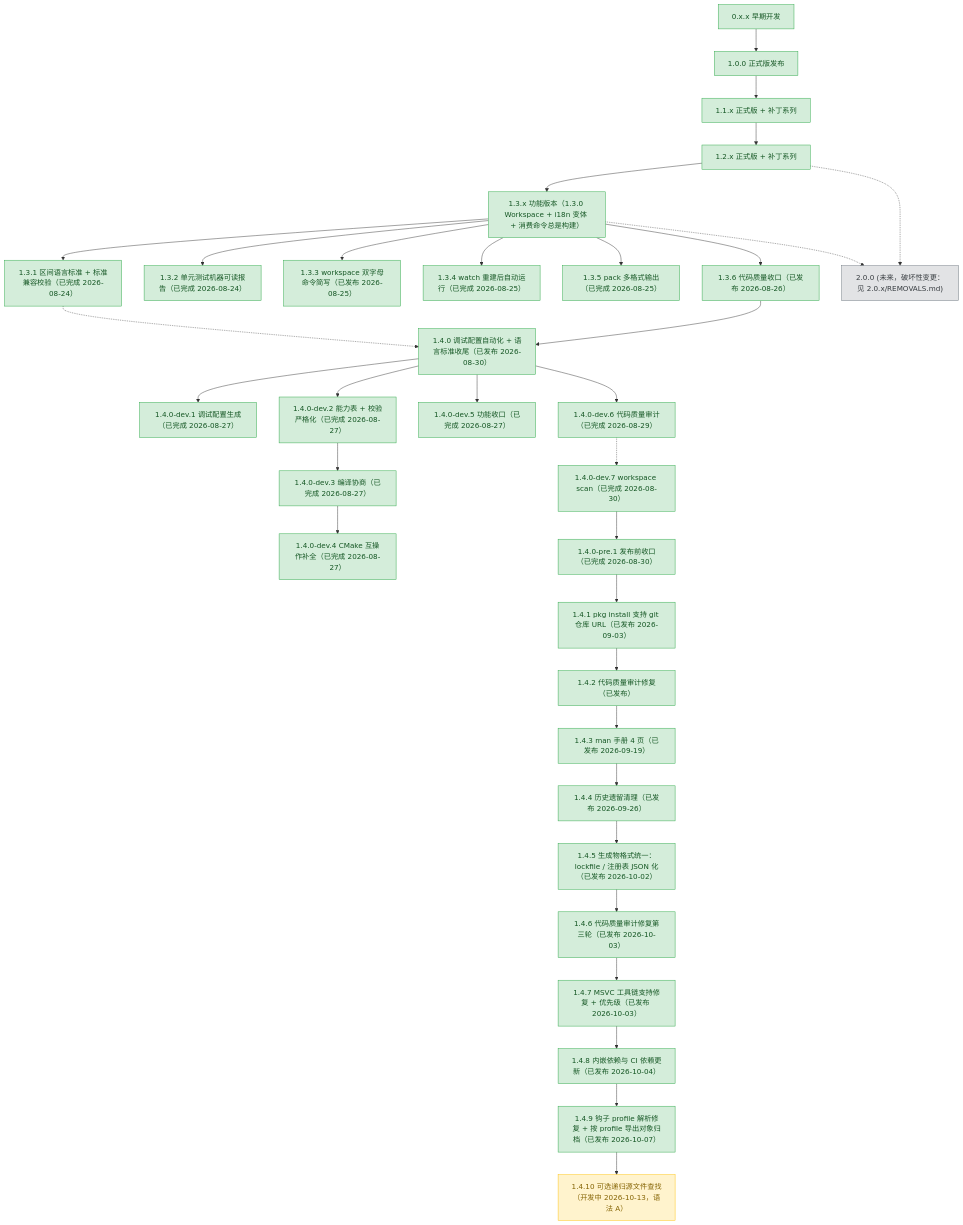
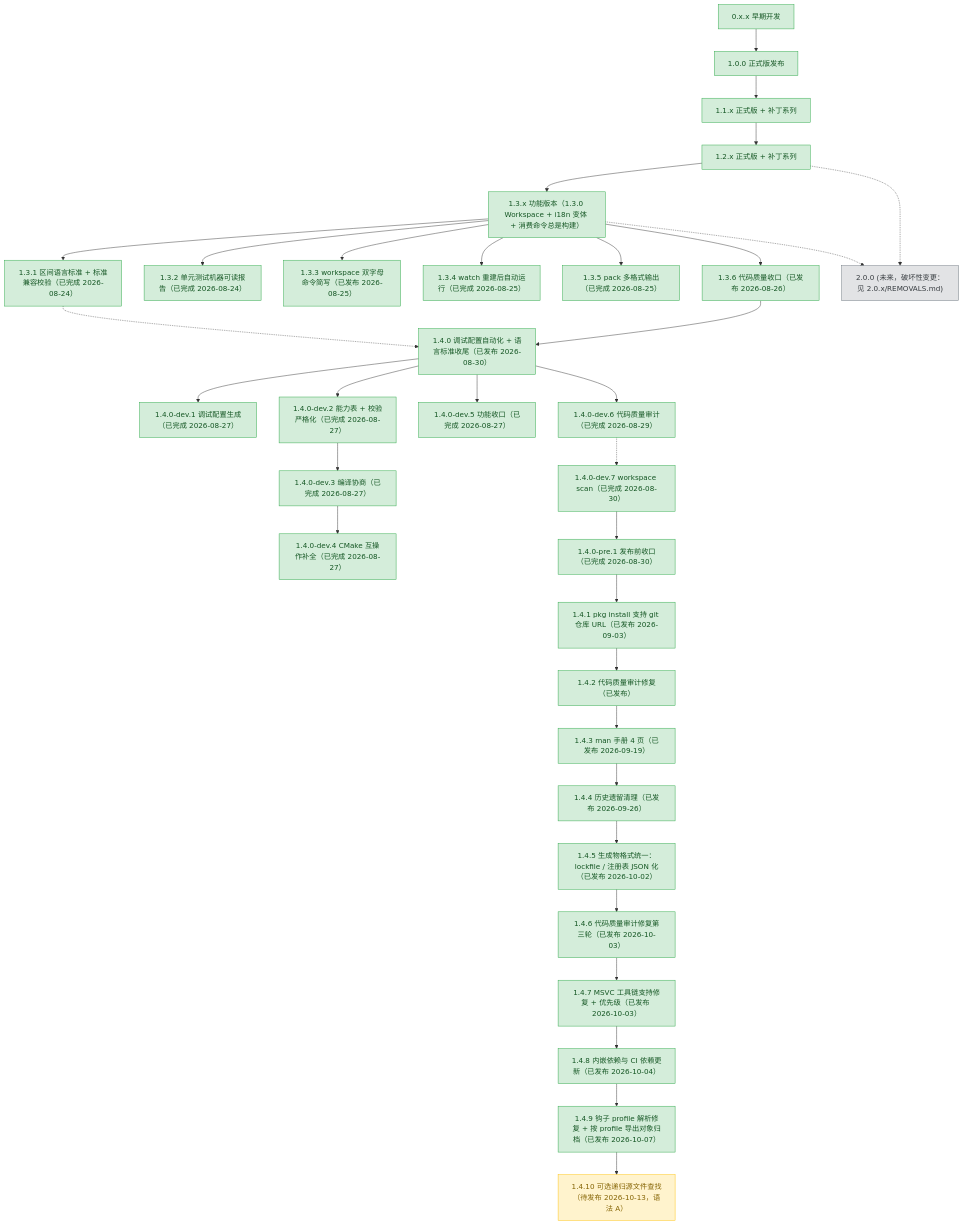
Before and after one commit to 3667808244/EazyMake: the diagram in plans/README.md, drawn with Mermaid. The commit also changed other lines of this file and 7 other files, not shown here.

```diff
--- a/plans/README.md
+++ b/plans/README.md
@@ -106,7 +106,7 @@
     v147p["1.4.7 MSVC 工具链支持修复 + 优先级（已发布 2026-10-03）"]
     v148p["1.4.8 内嵌依赖与 CI 依赖更新（已发布 2026-10-04）"]
     v149p["1.4.9 钩子 profile 解析修复 + 按 profile 导出对象归档（已发布 2026-10-07）"]
-    v1410["1.4.10 可选递归源文件查找（开发中 2026-10-13，语法 A）"]
+    v1410["1.4.10 可选递归源文件查找（待发布 2026-10-13，语法 A）"]
     v200["2.0.0 (未来，破坏性变更：见 2.0.x/REMOVALS.md)"]
 
     v0xx --> v100
```
